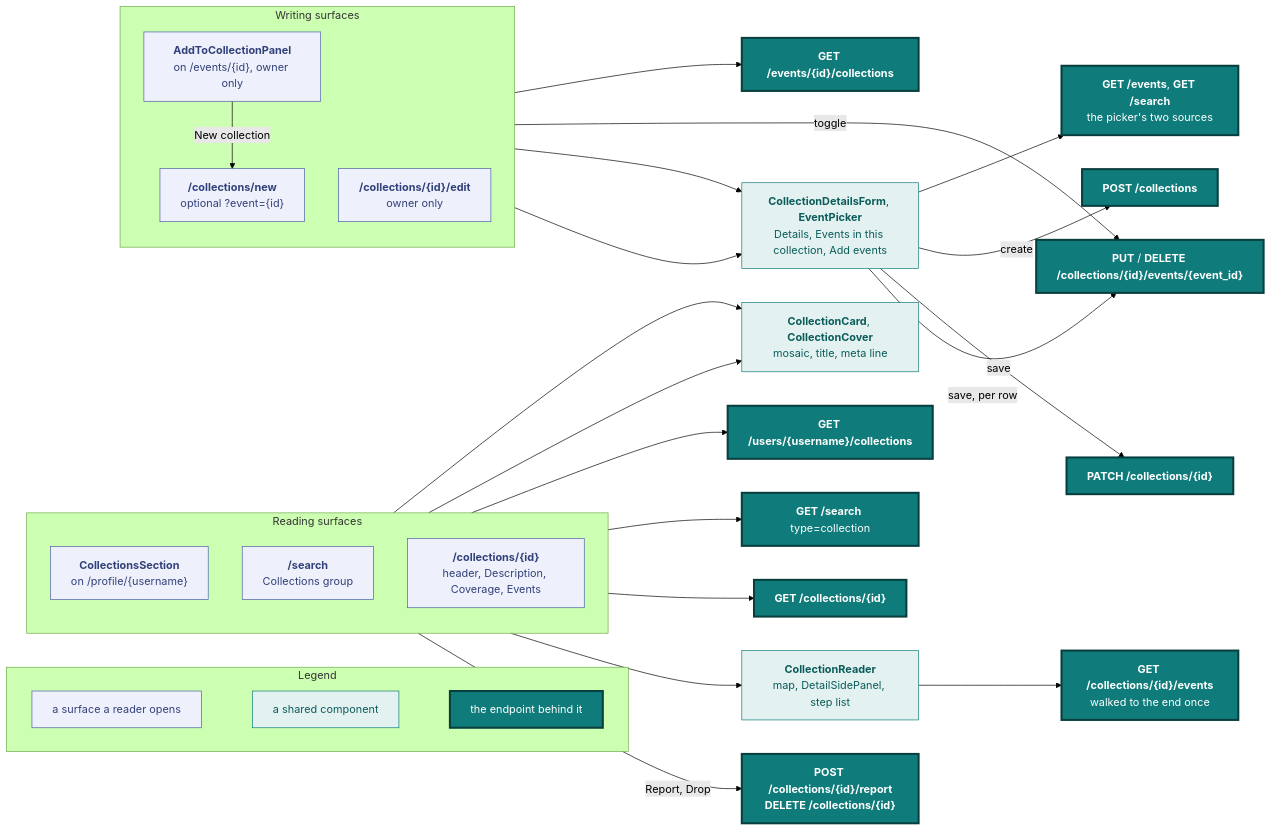
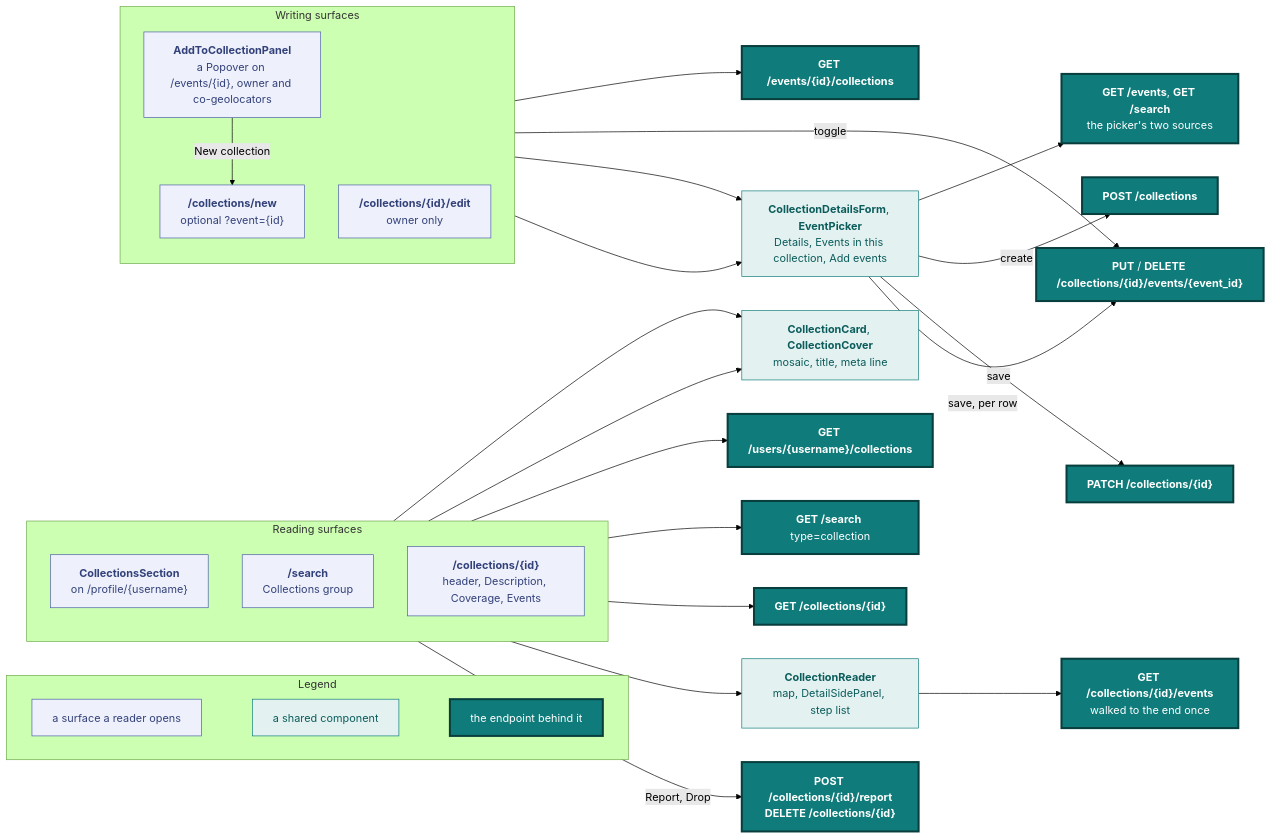
Diagram 14 of 16 in docs/design.md (vidithq/vidit), drawn with Mermaid (forest theme) before and after one commit. The commit also changed other lines of this file and 617 other files, not shown here.

````diff
--- a/docs/design.md
+++ b/docs/design.md
@@ -1039,72 +1347,72 @@
 ```mermaid
 flowchart LR
   classDef spec fill:#eef1fb,stroke:#4a5fa5,color:#33417a
   classDef shared fill:#e3f2f1,stroke:#0f7b7a,color:#0b5c5b
   classDef core fill:#0f7b7a,stroke:#083f3e,stroke-width:3px,color:#ffffff
 
   subgraph legend [Legend]
     direction LR
     l1["`a surface a reader opens`"]:::spec
     l2["`a shared component`"]:::shared
     l3["`the endpoint behind it`"]:::core
     l1 ~~~ l2 ~~~ l3
   end
 
   subgraph read [Reading surfaces]
     direction TB
     profile["`**CollectionsSection**
     on /profile/{username}`"]:::spec
     search["`**/search**
     Collections group`"]:::spec
     page["`**/collections/{id}**
     header, Description, Coverage, Events`"]:::spec
   end
 
   subgraph write [Writing surfaces]
     direction TB
     panel["`**AddToCollectionPanel**
-    on /events/{id}, owner only`"]:::spec
+    a Popover on /events/{id}, owner and co-geolocators`"]:::spec
     newp["`**/collections/new**
     optional ?event={id}`"]:::spec
     edit["`**/collections/{id}/edit**
     owner only`"]:::spec
   end
 
   card["`**CollectionCard**, **CollectionCover**
   mosaic, title, meta line`"]:::shared
   reader["`**CollectionReader**
   map, DetailSidePanel, step list`"]:::shared
   form["`**CollectionDetailsForm**, **EventPicker**
   Details, Events in this collection, Add events`"]:::shared
 
   gu["`**GET /users/{username}/collections**`"]:::core
   gs["`**GET /search** type=collection`"]:::core
   gc["`**GET /collections/{id}**`"]:::core
   gce["`**GET /collections/{id}/events**
   walked to the end once`"]:::core
   act["`**POST /collections/{id}/report**
   **DELETE /collections/{id}**`"]:::core
   ge["`**GET /events/{id}/collections**`"]:::core
   pick["`**GET /events**, **GET /search**
   the picker's two sources`"]:::core
   post["`**POST /collections**`"]:::core
   patch["`**PATCH /collections/{id}**`"]:::core
   member["`**PUT** / **DELETE /collections/{id}/events/{event_id}**`"]:::core
 
   profile --> card
   search --> card
   profile --> gu
   search --> gs
   page --> gc
   page --> reader --> gce
   page -->|"Report, Drop"| act
   panel --> ge
   panel -->|"toggle"| member
   panel -->|"New collection"| newp
   newp --> form
   edit --> form
   form --> pick
   form -->|"create"| post
   form -->|"save"| patch
   form -->|"save, per row"| member
 ```
````
